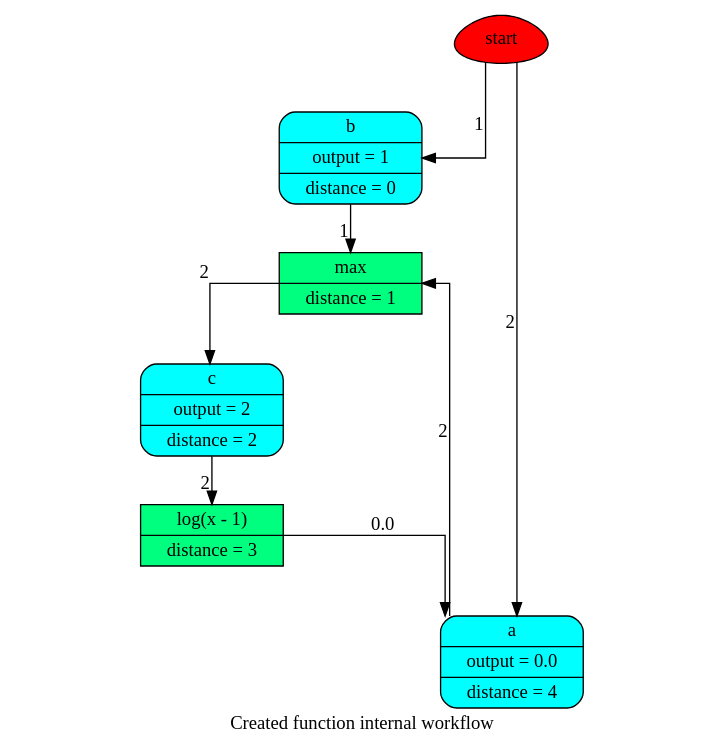
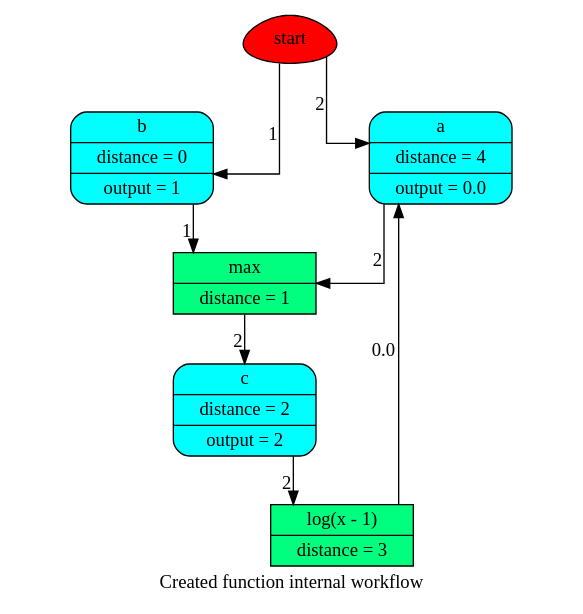
The diagram in doc/dispatcher/utils/dsp/SubDispatchFunction_wf1.dot (vinci1it2000/schedula), drawn with Graphviz before and after one commit. The commit also changed 27 other files, not shown here.

```diff
--- a/doc/dispatcher/utils/dsp/SubDispatchFunction_wf1.dot
+++ b/doc/dispatcher/utils/dsp/SubDispatchFunction_wf1.dot
@@ -1,19 +1,19 @@
 digraph "Created function internal" {
 	graph [ratio=1]
 	node [style=filled]
 	label = "Created function internal workflow"
 	splines = ortho
-		"Created function internal_78382088" [label=start fillcolor=red shape=egg]
-		"Created function internal_-6053996528196385240" [label="{ c | output = 2 | distance = 2 }" fillcolor=cyan shape=Mrecord]
-		"Created function internal_-3089772845829853630" [label="{ max | distance = 1 }" fillcolor=springgreen shape=record]
-		"Created function internal_6185816497042703556" [label="{ b | output = 1 | distance = 0 }" fillcolor=cyan shape=Mrecord]
-		"Created function internal_-4083574074198968694" [label="{ log(x - 1) | distance = 3 }" fillcolor=springgreen shape=record]
-		"Created function internal_2203997267912285163" [label="{ a | output = 0.0 | distance = 4 }" fillcolor=cyan shape=Mrecord]
-			"Created function internal_-6053996528196385240" -> "Created function internal_-4083574074198968694" [xlabel=2]
-			"Created function internal_-3089772845829853630" -> "Created function internal_-6053996528196385240" [xlabel=2]
-			"Created function internal_6185816497042703556" -> "Created function internal_-3089772845829853630" [xlabel=1]
-			"Created function internal_78382088" -> "Created function internal_2203997267912285163" [xlabel=2]
-			"Created function internal_78382088" -> "Created function internal_6185816497042703556" [xlabel=1]
-			"Created function internal_-4083574074198968694" -> "Created function internal_2203997267912285163" [xlabel=0.0]
-			"Created function internal_2203997267912285163" -> "Created function internal_-3089772845829853630" [xlabel=2]
+		"Created function internal_4372619576" [label=start fillcolor=red shape=egg]
+		"Created function internal_483858525469303520" [label="{ a | distance = 4 | output = 0.0 }" fillcolor=cyan shape=Mrecord]
+		"Created function internal_-6394249578868690332" [label="{ max | distance = 1 }" fillcolor=springgreen shape=record]
+		"Created function internal_-8490501165579404505" [label="{ b | distance = 0 | output = 1 }" fillcolor=cyan shape=Mrecord]
+		"Created function internal_2483061293966101162" [label="{ c | distance = 2 | output = 2 }" fillcolor=cyan shape=Mrecord]
+		"Created function internal_-4901894249451426633" [label="{ log(x - 1) | distance = 3 }" fillcolor=springgreen shape=record]
+			"Created function internal_483858525469303520" -> "Created function internal_-6394249578868690332" [xlabel=2]
+			"Created function internal_-6394249578868690332" -> "Created function internal_2483061293966101162" [xlabel=2]
+			"Created function internal_-8490501165579404505" -> "Created function internal_-6394249578868690332" [xlabel=1]
+			"Created function internal_4372619576" -> "Created function internal_483858525469303520" [xlabel=2]
+			"Created function internal_4372619576" -> "Created function internal_-8490501165579404505" [xlabel=1]
+			"Created function internal_2483061293966101162" -> "Created function internal_-4901894249451426633" [xlabel=2]
+			"Created function internal_-4901894249451426633" -> "Created function internal_483858525469303520" [xlabel=0.0]
 }
```
